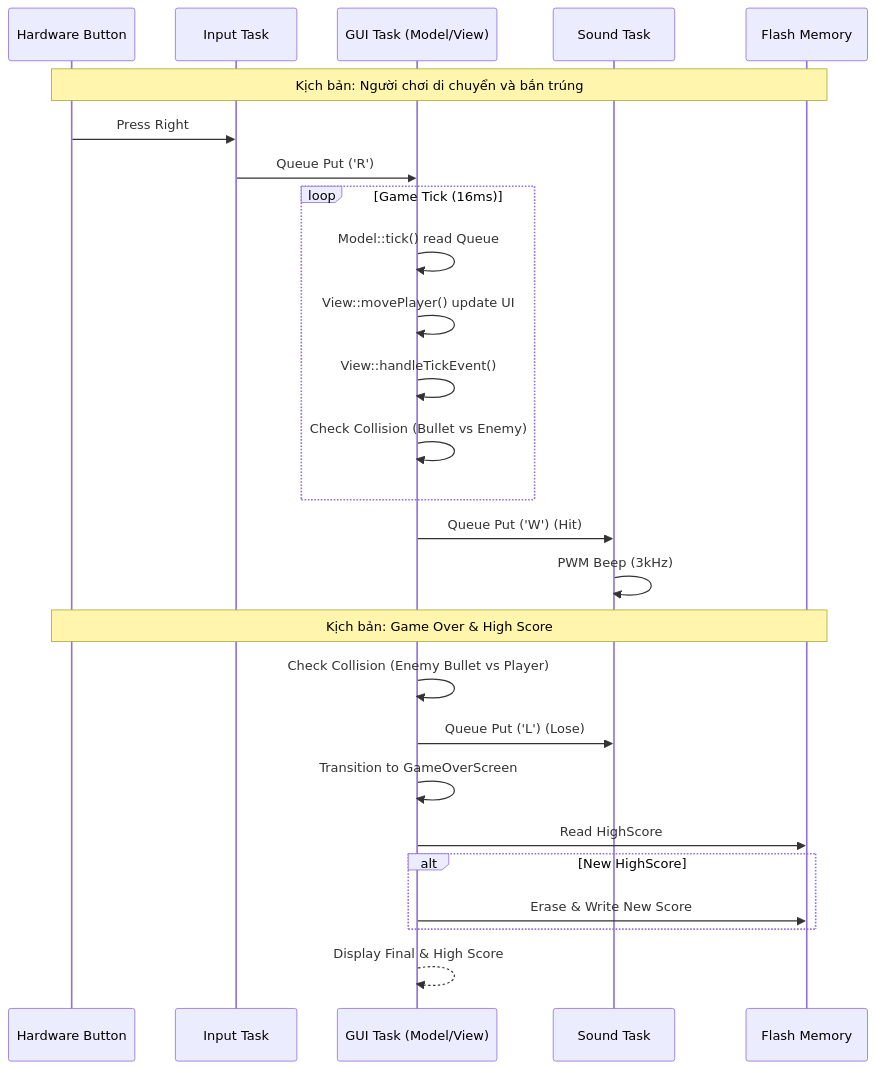
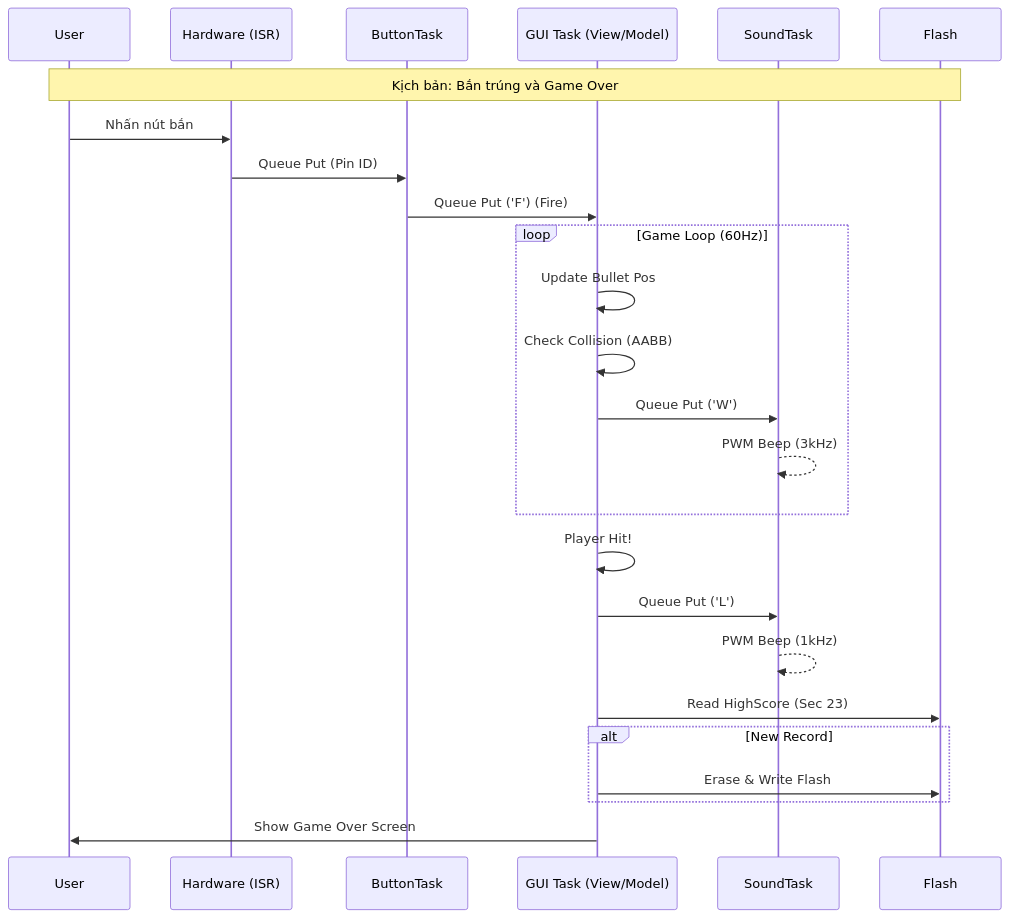
The diagram in README.md (vmh714/space_invader), drawn with Mermaid before and after one commit. The commit also changed other lines of this file, not shown here.

First line of the commit message:
Expand README with project details and diagrams

````diff
--- a/README.md
+++ b/README.md
@@ -1,30 +168,31 @@
-```mermaid
+``` mermaid
 sequenceDiagram
-    participant Button as Hardware Button
-    participant InputTask as Input Task
-    participant GUI as GUI Task (Model/View)
-    participant Sound as Sound Task
-    participant Flash as Flash Memory
+    participant User
+    participant HW_Button as Hardware (ISR)
+    participant ButtonTask
+    participant GUI_Task as GUI Task (View/Model)
+    participant SoundTask
+    participant Flash
 
-    Note over Button, Flash: Kịch bản: Người chơi di chuyển và bắn trúng
-    Button->>InputTask: Press Right
-    InputTask->>GUI: Queue Put ('R')
-    loop Game Tick (16ms)
-        GUI->>GUI: Model::tick() read Queue
-        GUI->>GUI: View::movePlayer() update UI
-        GUI->>GUI: View::handleTickEvent()
-        GUI->>GUI: Check Collision (Bullet vs Enemy)
+    Note over User, Flash: Kịch bản: Bắn trúng và Game Over
+    User->>HW_Button: Nhấn nút bắn
+    HW_Button->>ButtonTask: Queue Put (Pin ID)
+    ButtonTask->>GUI_Task: Queue Put ('F') (Fire)
+    
+    loop Game Loop (60Hz)
+        GUI_Task->>GUI_Task: Update Bullet Pos
+        GUI_Task->>GUI_Task: Check Collision (AABB)
+        GUI_Task->>SoundTask: Queue Put ('W')
+        SoundTask-->>SoundTask: PWM Beep (3kHz)
     end
-    GUI->>Sound: Queue Put ('W') (Hit)
-    Sound->>Sound: PWM Beep (3kHz)
 
-    Note over Button, Flash: Kịch bản: Game Over & High Score
-    GUI->>GUI: Check Collision (Enemy Bullet vs Player)
-    GUI->>Sound: Queue Put ('L') (Lose)
-    GUI->>GUI: Transition to GameOverScreen
-    GUI->>Flash: Read HighScore
-    alt New HighScore
-        GUI->>Flash: Erase & Write New Score
+    GUI_Task->>GUI_Task: Player Hit!
+    GUI_Task->>SoundTask: Queue Put ('L')
+    SoundTask-->>SoundTask: PWM Beep (1kHz)
+    
+    GUI_Task->>Flash: Read HighScore (Sec 23)
+    alt New Record
+        GUI_Task->>Flash: Erase & Write Flash
     end
-    GUI-->>GUI: Display Final & High Score
+    GUI_Task->>User: Show Game Over Screen
 ```
````
